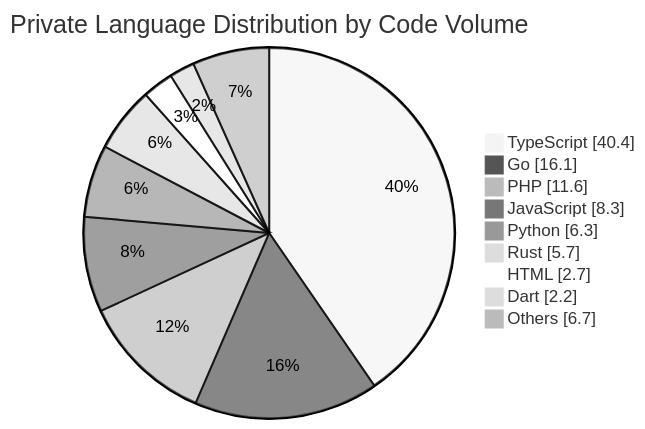
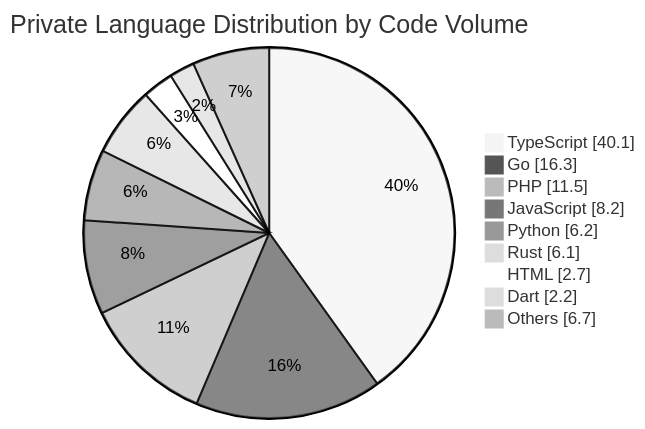
The diagram in README.md (Lamy210/Lamy210), drawn with Mermaid (neutral theme) before and after one commit. The commit also changed other lines of this file, not shown here.

Commit message:
chore: update private technology summary [skip ci]

````diff
--- a/README.md
+++ b/README.md
@@ -47,13 +47,13 @@
 ```mermaid
 pie showData
     title Private Language Distribution by Code Volume
-    "TypeScript" : 40.4
-    "Go" : 16.1
-    "PHP" : 11.6
-    "JavaScript" : 8.3
-    "Python" : 6.3
-    "Rust" : 5.7
+    "TypeScript" : 40.1
+    "Go" : 16.3
+    "PHP" : 11.5
+    "JavaScript" : 8.2
+    "Python" : 6.2
+    "Rust" : 6.1
     "HTML" : 2.7
     "Dart" : 2.2
     "Others" : 6.7
 ```
````
